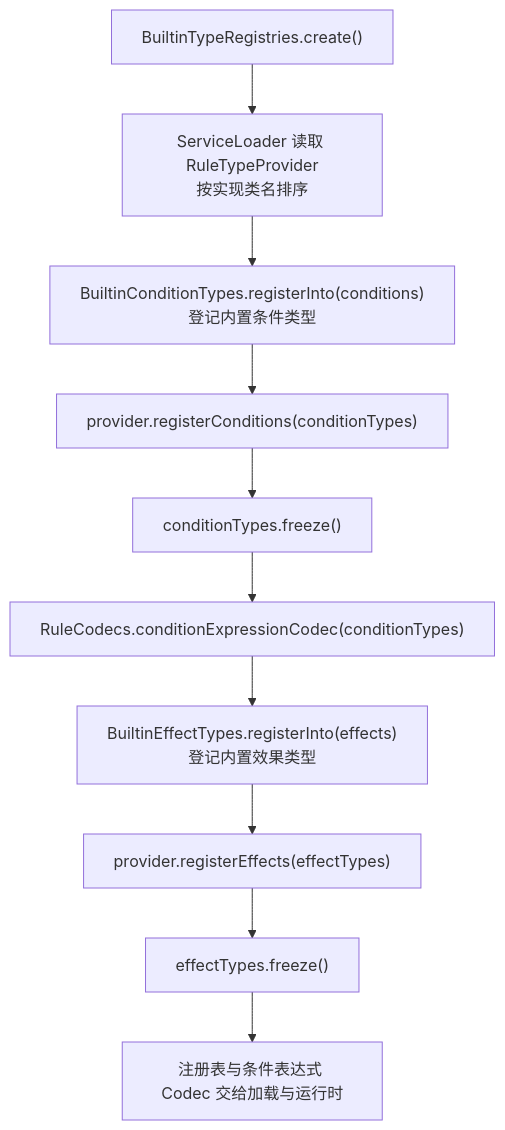
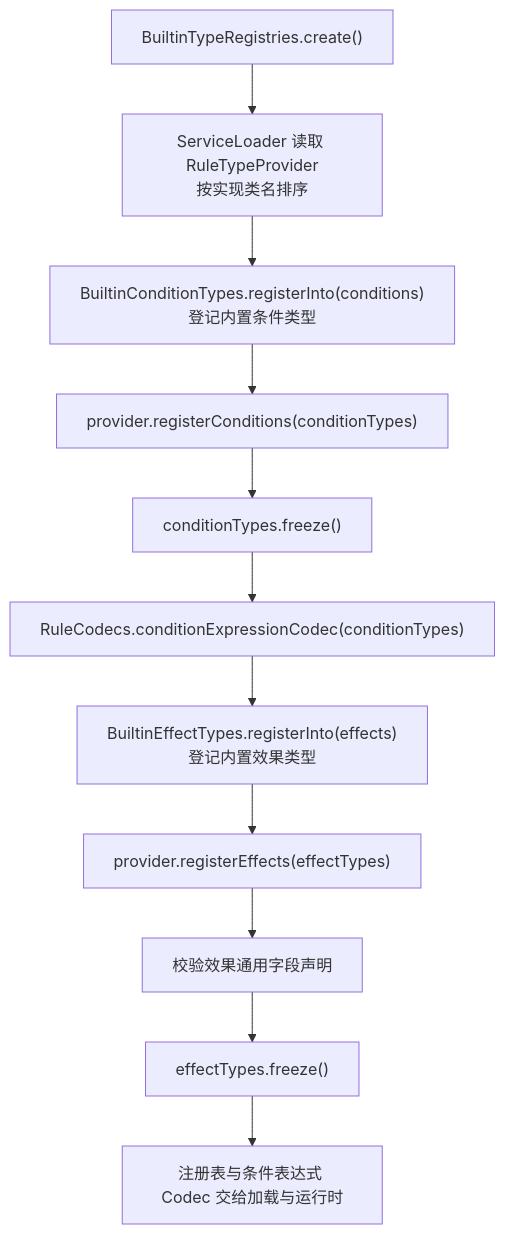
One commit to meteoritel/item-despawn-to-what changed the diagram in docs/modules/type-system.md. Above: the diagram before and after it, drawn with Mermaid. The commit also changed other lines of this file and 12 other files, not shown here.

````diff
--- a/docs/modules/type-system.md
+++ b/docs/modules/type-system.md
@@ -55,12 +55,13 @@
 ```mermaid
 flowchart TD
     A["BuiltinTypeRegistries.create()"] --> B["ServiceLoader 读取 RuleTypeProvider<br/>按实现类名排序"]
     B --> C["BuiltinConditionTypes.registerInto(conditions)<br/>登记内置条件类型"]
     C --> D["provider.registerConditions(conditionTypes)"]
     D --> E["conditionTypes.freeze()"]
     E --> F["RuleCodecs.conditionExpressionCodec(conditionTypes)"]
     F --> G["BuiltinEffectTypes.registerInto(effects)<br/>登记内置效果类型"]
     G --> H["provider.registerEffects(effectTypes)"]
-    H --> I["effectTypes.freeze()"]
+    H --> V["校验效果通用字段声明"]
+    V --> I["effectTypes.freeze()"]
     I --> J["注册表与条件表达式 Codec 交给加载与运行时"]
 ```
````
